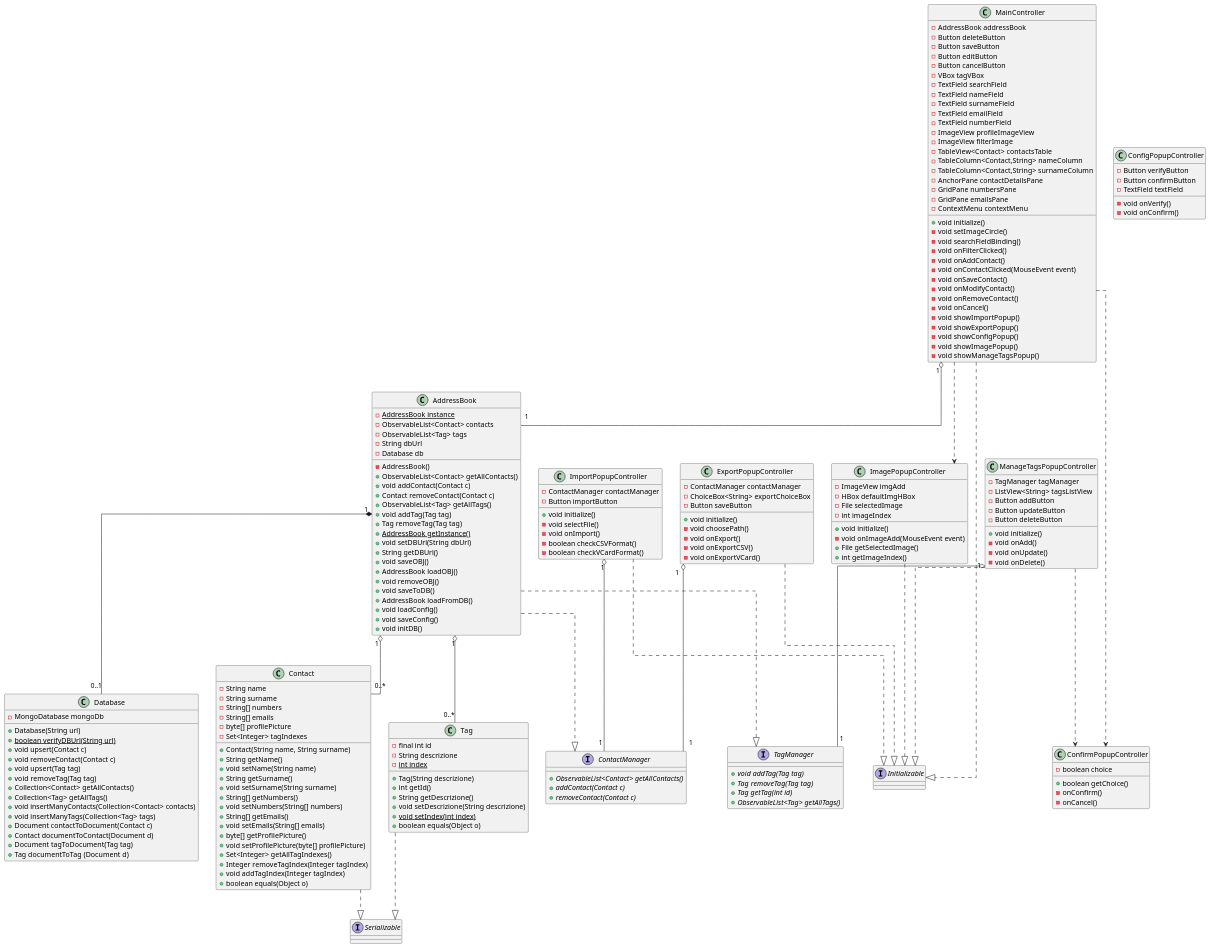
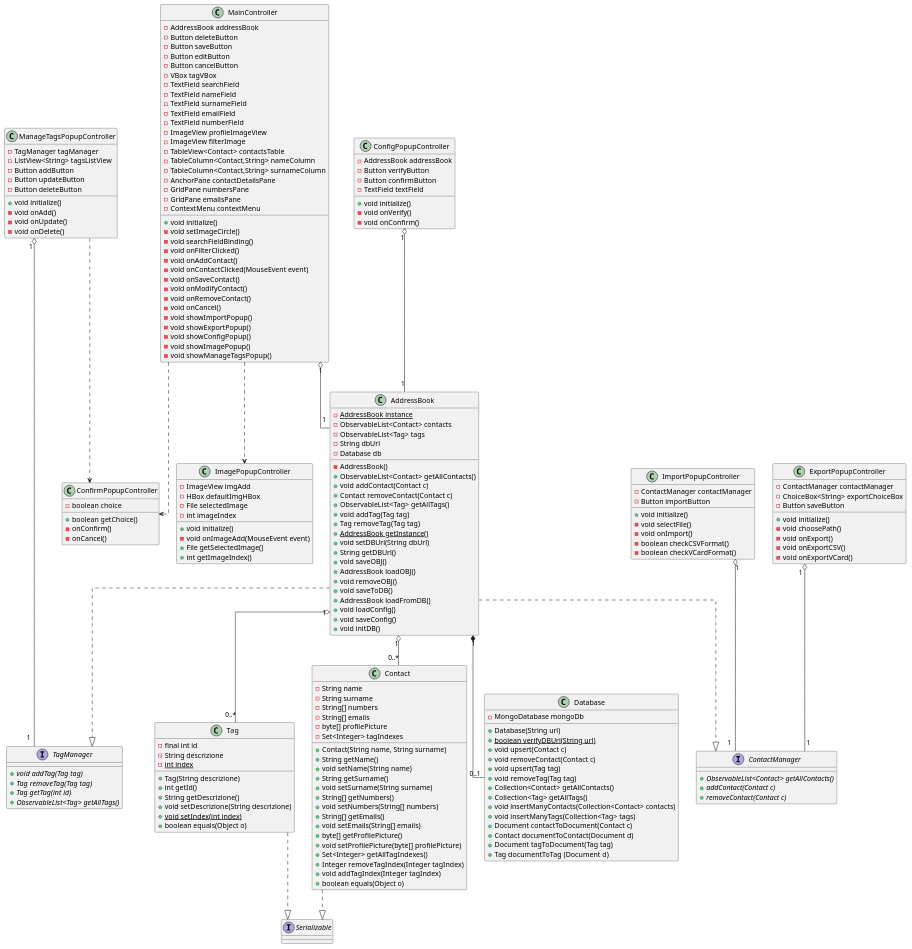
Before and after one commit to savaava/ProgettoRubrica: the diagram in documenti/diagrammi di classe/puml/diagrammaClassi.puml, drawn with PlantUML. The commit also changed 3 other files, not shown here.

Commit message:
update diagrammi classi

```diff
--- a/documenti/diagrammi di classe/puml/diagrammaClassi.puml
+++ b/documenti/diagrammi di classe/puml/diagrammaClassi.puml
@@ -1,4 +1,4 @@
-@startuml DiagrammaDelleClassi
+@startuml Diagramma Classi
 skinparam linetype ortho
 'left to right direction
 
@@ -164,10 +164,12 @@
 }
 
 class ConfigPopupController {
+    - AddressBook addressBook
     - Button verifyButton
     - Button confirmButton
     - TextField textField
     
+    + void initialize()
     - void onVerify()
     - void onConfirm()
 }
@@ -193,8 +195,6 @@
 
 
 '****************** INTERFACCE ******************
-interface Initializable
-
 interface Serializable
 
 interface TagManager {
@@ -222,21 +222,17 @@
 AddressBook ..|> TagManager
 AddressBook ..|> ContactManager
 
-MainController ..|> Initializable
 MainController "1" o-- "1" AddressBook
 MainController ..> ImagePopupController
 MainController ..> ConfirmPopupController
 
-ImportPopupController ..|> Initializable
 ImportPopupController "1" o-- "1" ContactManager
 
-ExportPopupController ..|> Initializable
 ExportPopupController "1" o-- "1" ContactManager
 
-ManageTagsPopupController ..|> Initializable
 ManageTagsPopupController ..> ConfirmPopupController
 ManageTagsPopupController "1" o-- "1" TagManager
 
-ImagePopupController ..|> Initializable
+ConfigPopupController "1" o-- "1" AddressBook
 
 @enduml
```
